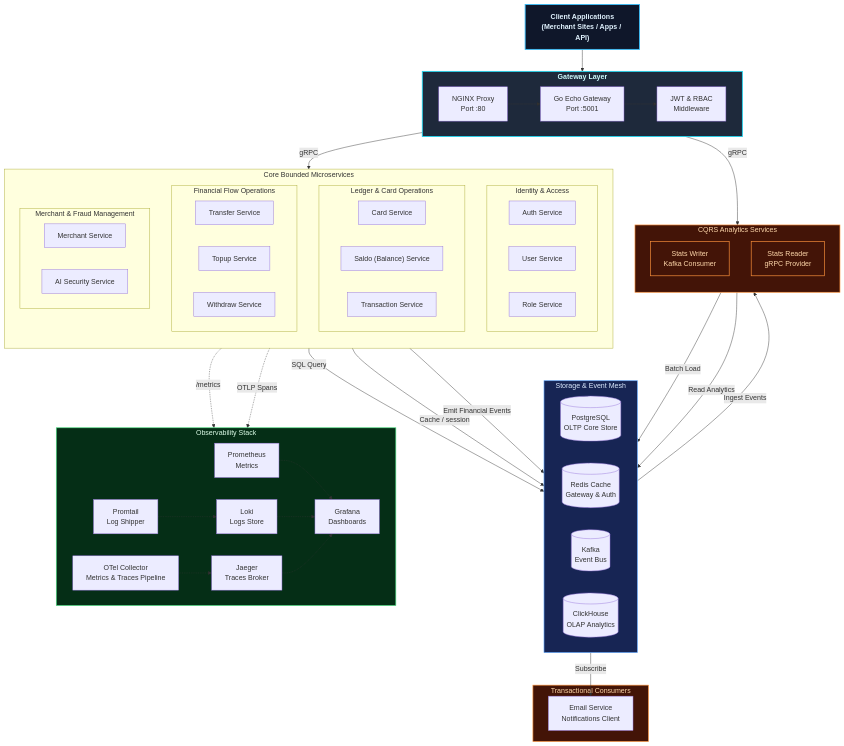
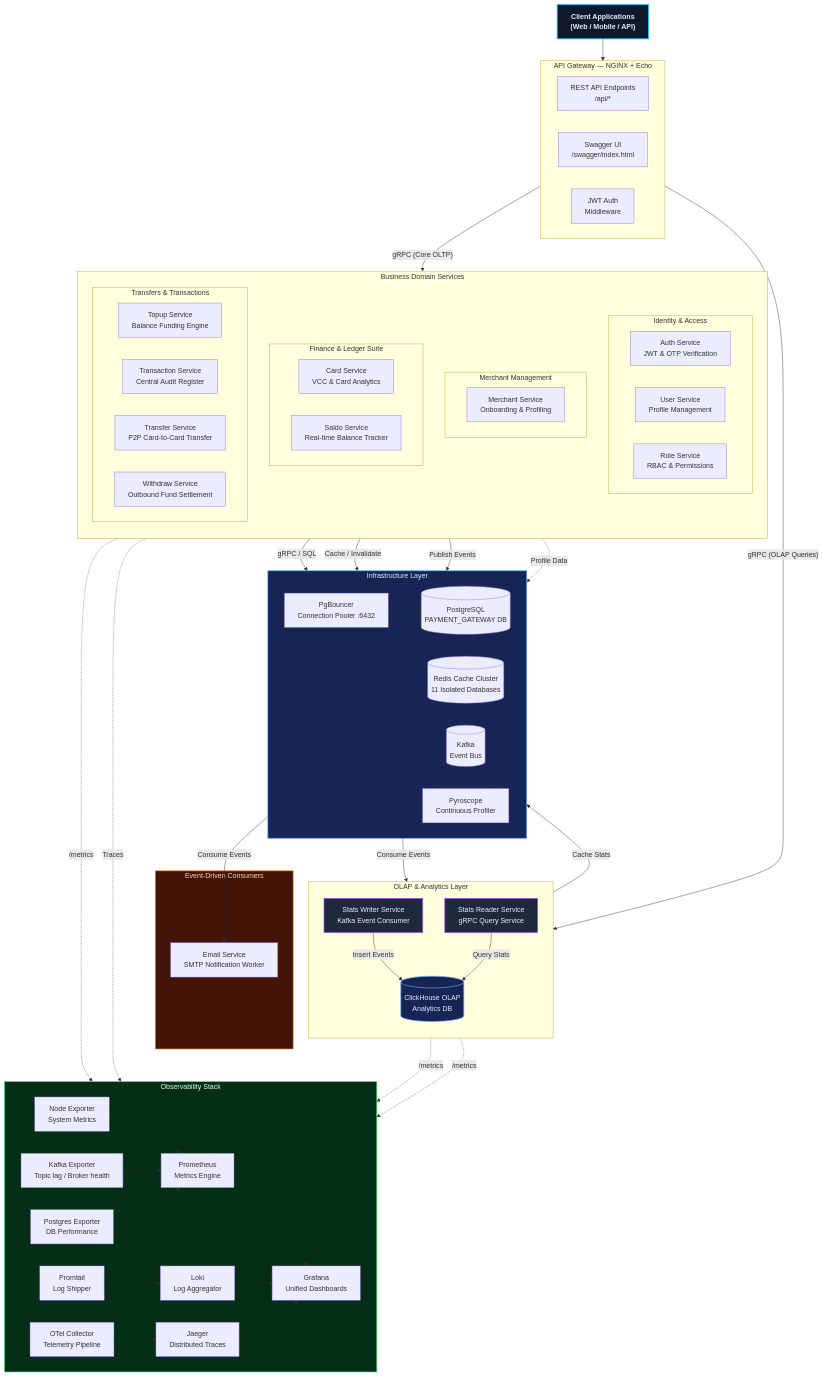
One commit to renaldyhidayatt/renaldyhidayatt.github.io changed the first of 8 diagrams in src/content/portfolio/microservice-payment-gateway.mdx. Above: the diagram before and after it, drawn with Mermaid. The commit also changed other lines of this file and 19 other files, not shown here.

Commit message:
refactor: overhaul project documentation with detailed architectural summaries and expanded domain-driven service specifications

```diff
--- a/src/content/portfolio/microservice-payment-gateway.mdx
+++ b/src/content/portfolio/microservice-payment-gateway.mdx
@@ -56,98 +63,107 @@
     classDef infra fill:#172554,stroke:#60a5fa,color:#dbeafe,stroke-width:1.5px
     classDef obs fill:#052e16,stroke:#4ade80,color:#dcfce7,stroke-width:1.5px
     classDef event fill:#431407,stroke:#fb923c,color:#fed7aa,stroke-width:1.5px
+    classDef olap fill:#1e293b,stroke:#a855f7,color:#f3e8ff,stroke-width:1.5px
 
-    Client["Client Applications<br/>(Merchant Sites / Apps / API)"]:::client
+    Client["Client Applications<br/>(Web / Mobile / API)"]:::client
 
-    subgraph APIGateway["Gateway Layer"]
+    subgraph APIGateway["API Gateway — NGINX + Echo"]
         direction LR
-        Proxy["NGINX Proxy<br/>Port :80"]
-        EchoGW["Go Echo Gateway<br/>Port :5001"]
-        AuthMW["JWT & RBAC<br/>Middleware"]
+        REST["REST API Endpoints<br/>/api/*"]
+        Swagger["Swagger UI<br/>/swagger/index.html"]
+        AuthMW["JWT Auth<br/>Middleware"]
     end
     class APIGateway gateway
 
-    Client --> Proxy
-    Proxy --> EchoGW
-    EchoGW --> AuthMW
+    Client --> APIGateway
 
-    subgraph CoreServices["Core Bounded Microservices"]
+    subgraph BusinessServices["Business Domain Services"]
         direction TB
 
         subgraph IdentityDomain["Identity & Access"]
-            AUTH["Auth Service"]
-            USER["User Service"]
-            ROLE["Role Service"]
+            AUTH["Auth Service<br/>JWT & OTP Verification"]
+            USER["User Service<br/>Profile Management"]
+            ROLE["Role Service<br/>RBAC & Permissions"]
         end
 
-        subgraph FinanceDomain["Ledger & Card Operations"]
-            CARD["Card Service"]
-            SALDO["Saldo (Balance) Service"]
-            TX["Transaction Service"]
+        subgraph MerchantDomain["Merchant Management"]
+            MERCH["Merchant Service<br/>Onboarding & Profiling"]
         end
 
-        subgraph OpsDomain["Financial Flow Operations"]
-            TRANSFER["Transfer Service"]
-            TOPUP["Topup Service"]
-            WITHDRAW["Withdraw Service"]
+        subgraph FinanceDomain["Finance & Ledger Suite"]
+            CARD["Card Service<br/>VCC & Card Analytics"]
+            SALDO["Saldo Service<br/>Real-time Balance Tracker"]
         end
 
-        subgraph MerchantDomain["Merchant & Fraud Management"]
-            MERCH["Merchant Service"]
-            AISEC["AI Security Service"]
+        subgraph TransactionDomain["Transfers & Transactions"]
+            TOPUP["Topup Service<br/>Balance Funding Engine"]
+            TXN["Transaction Service<br/>Central Audit Register"]
+            TRANSFER["Transfer Service<br/>P2P Card-to-Card Transfer"]
+            WITHDRAW["Withdraw Service<br/>Outbound Fund Settlement"]
         end
     end
-    class CoreServices domain
+    class BusinessServices domain
 
-    EchoGW -->|"gRPC"| CoreServices
+    subgraph OLAPEngine["OLAP & Analytics Layer"]
+        direction TB
+        WRITER["Stats Writer Service<br/>Kafka Event Consumer"]:::olap
+        READER["Stats Reader Service<br/>gRPC Query Service"]:::olap
+        CLICKHOUSE[("ClickHouse OLAP<br/>Analytics DB")]:::infra
+    end
 
-    subgraph Infrastructure["Storage & Event Mesh"]
+    APIGateway -->|"gRPC (Core OLTP)"| BusinessServices
+    APIGateway -->|"gRPC (OLAP Queries)"| READER
+
+    subgraph Infrastructure["Infrastructure Layer"]
         direction LR
-        PG[("PostgreSQL<br/>OLTP Core Store")]
-        REDIS[("Redis Cache<br/>Gateway & Auth")]
+        PGBOUNCER["PgBouncer<br/>Connection Pooler :6432"]
+        PG[("PostgreSQL<br/>PAYMENT_GATEWAY DB")]
+        REDIS[("Redis Cache Cluster<br/>11 Isolated Databases")]
         KAFKA[("Kafka<br/>Event Bus")]
-        CH[("ClickHouse<br/>OLAP Analytics")]
+        PYRO["Pyroscope<br/>Continuous Profiler"]
     end
     class Infrastructure infra
 
-    CoreServices -->|"SQL Query"| PG
-    CoreServices -->|"Cache / session"| REDIS
-    CoreServices -->|"Emit Financial Events"| KAFKA
+    BusinessServices -->|"gRPC / SQL"| PGBOUNCER
+    PGBOUNCER --> PG
+    BusinessServices -->|"Cache / Invalidate"| REDIS
+    BusinessServices -->|"Publish Events"| KAFKA
+    BusinessServices -.->|"Profile Data"| PYRO
 
-    subgraph AnalyticsCQRS["CQRS Analytics Services"]
-        direction TB
-        S_WRITE["Stats Writer<br/>Kafka Consumer"]:::event
-        S_READ["Stats Reader<br/>gRPC Provider"]:::event
-    end
-    class AnalyticsCQRS event
-
-    KAFKA -->|"Ingest Events"| S_WRITE
-    S_WRITE -->|"Batch Load"| CH
-    S_READ -->|"Read Analytics"| CH
-    EchoGW -->|"gRPC"| S_READ
-
-    subgraph EventConsumers["Transactional Consumers"]
-        EMAIL["Email Service<br/>Notifications Client"]
+    subgraph EventConsumers["Event-Driven Consumers"]
+        EMAIL["Email Service<br/>SMTP Notification Worker"]
     end
     class EventConsumers event
 
-    KAFKA -->|"Subscribe"| EMAIL
+    KAFKA -->|"Consume Events"| EMAIL
+    KAFKA -->|"Consume Events"| WRITER
+    WRITER -->|"Insert Events"| CLICKHOUSE
+    READER -->|"Query Stats"| CLICKHOUSE
+    READER -->|"Cache Stats"| REDIS
 
     subgraph Observability["Observability Stack"]
         direction LR
-        PROM["Prometheus<br/>Metrics"]
-        LOKI["Loki<br/>Logs Store"]
-        JAEGER["Jaeger<br/>Traces Broker"]
-        GRAFANA["Grafana<br/>Dashboards"]
-        OTEL["OTel Collector<br/>Metrics & Traces Pipeline"]
+        PROM["Prometheus<br/>Metrics Engine"]
+        LOKI["Loki<br/>Log Aggregator"]
+        JAEGER["Jaeger<br/>Distributed Traces"]
+        GRAFANA["Grafana<br/>Unified Dashboards"]
+        OTEL["OTel Collector<br/>Telemetry Pipeline"]
         PROMTAIL["Promtail<br/>Log Shipper"]
+        NODEX["Node Exporter<br/>System Metrics"]
+        KAFKAX["Kafka Exporter<br/>Topic lag / Broker health"]
+        PGX["Postgres Exporter<br/>DB Performance"]
     end
     class Observability obs
 
-    CoreServices -.->|"/metrics"| PROM
-    CoreServices -.->|"OTLP Spans"| OTEL
+    BusinessServices -.->|"/metrics"| PROM
+    BusinessServices -.->|"Traces"| OTEL
+    READER -.->|"/metrics"| PROM
+    WRITER -.->|"/metrics"| PROM
     OTEL -.-> JAEGER
     PROMTAIL -.-> LOKI
+    NODEX -.-> PROM
+    KAFKAX -.-> PROM
+    PGX -.-> PROM
     PROM -.-> GRAFANA
     LOKI -.-> GRAFANA
     JAEGER -.-> GRAFANA
```
